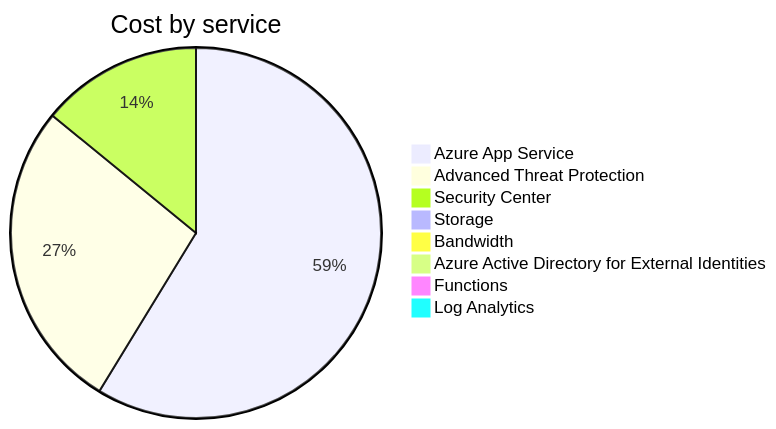
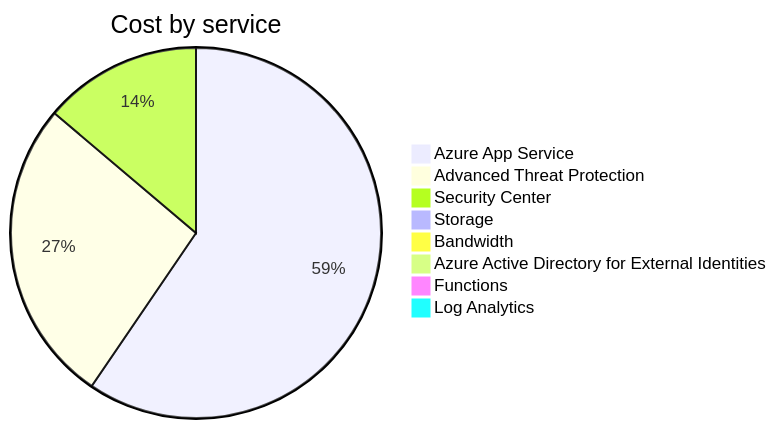
Before and after one commit to jpfulton/azure-personal-reports: the second of 4 diagrams in cost-reports/personal-site/README.md, drawn with Mermaid. The commit also changed other lines of this file and 7 other files, not shown here.

````diff
--- a/cost-reports/personal-site/README.md
+++ b/cost-reports/personal-site/README.md
@@ -100,12 +100,12 @@
 ```mermaid
 pie
    title Cost by service
-   "Azure App Service" : 15.34
+   "Azure App Service" : 15.85
    "Advanced Threat Protection" : 7.10
    "Security Center" : 3.68
    "Storage" : 0.09
    "Bandwidth" : 0.00
    "Azure Active Directory for External Identities" : 0.00
    "Functions" : 0.00
    "Log Analytics" : 0.00
 ```
````
